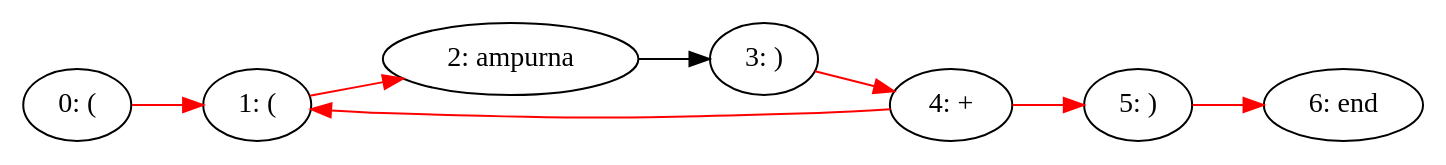
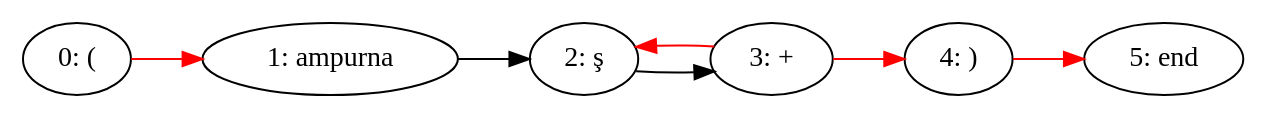
Before and after one commit to SalihErenYzb/Regex-Engine: the diagram in grapht.dot, drawn with Graphviz. The commit also changed 6 other files, not shown here.

```diff
--- a/grapht.dot
+++ b/grapht.dot
@@ -1,17 +1,15 @@
 digraph {
 	rankdir=LR
 	0 [label="0: ("];
-	1 [label="1: ("];
-	2 [label="2: ampurna"];
-	3 [label="3: )"];
-	4 [label="4: +"];
-	5 [label="5: )"];
-	6 [label="6: end"];
+	1 [label="1: ampurna"];
+	2 [label="2: ş"];
+	3 [label="3: +"];
+	4 [label="4: )"];
+	5 [label="5: end"];
 	0 -> 1 [color=red];
-	1 -> 2 [color=red];
+	1 -> 2 [color=black];
 	2 -> 3 [color=black];
 	3 -> 4 [color=red];
+	3 -> 2 [color=red];
 	4 -> 5 [color=red];
-	4 -> 1 [color=red];
-	5 -> 6 [color=red];
 }
```
